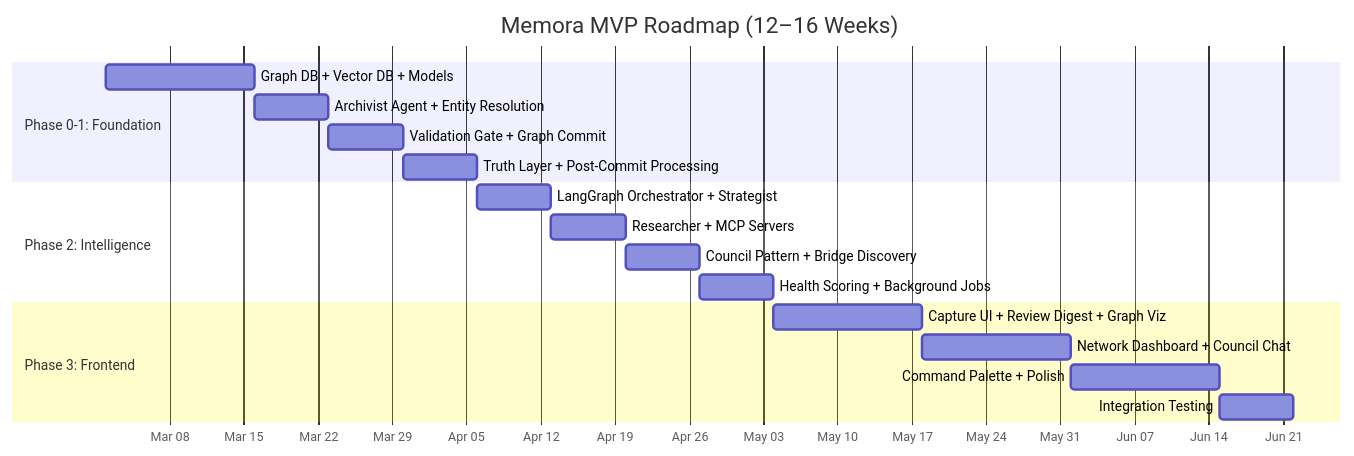
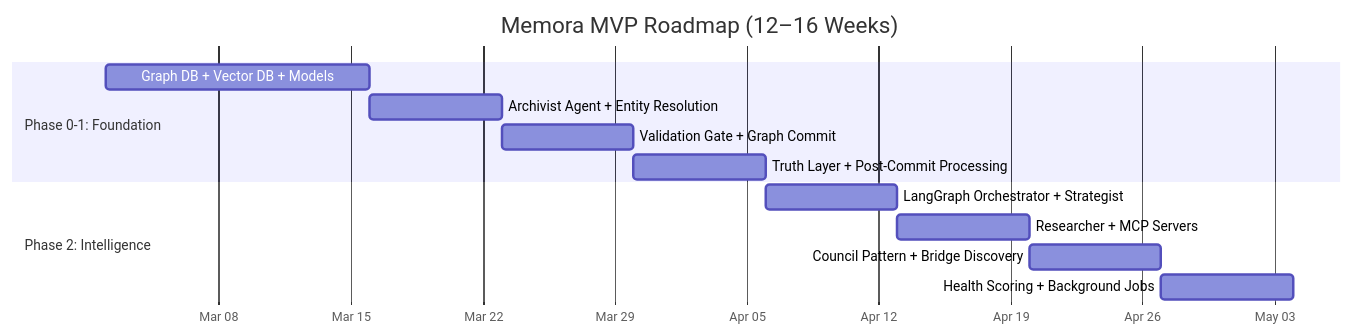
One commit to dorycui007/Memora changed the tenth of 10 diagrams in ARCHITECTURE.md. Above: the diagram before and after it, drawn with Mermaid. The commit also changed other lines of this file and 79 other files, not shown here.

First line of the commit message:
Remove frontend and refactor to backend-only architecture

````diff
--- a/ARCHITECTURE.md
+++ b/ARCHITECTURE.md
@@ -1658,24 +1534,19 @@
 ```mermaid
 gantt
     title Memora MVP Roadmap (12–16 Weeks)
     dateFormat YYYY-MM-DD
     axisFormat %b %d
 
     section Phase 0-1: Foundation
     Graph DB + Vector DB + Models           :a1, 2026-03-02, 14d
     Archivist Agent + Entity Resolution     :a2, after a1, 7d
     Validation Gate + Graph Commit          :a3, after a2, 7d
     Truth Layer + Post-Commit Processing    :a4, after a3, 7d
 
     section Phase 2: Intelligence
     LangGraph Orchestrator + Strategist     :b1, after a4, 7d
     Researcher + MCP Servers                :b2, after b1, 7d
     Council Pattern + Bridge Discovery      :b3, after b2, 7d
     Health Scoring + Background Jobs        :b4, after b3, 7d
 
-    section Phase 3: Frontend
-    Capture UI + Review Digest + Graph Viz  :c1, after b4, 14d
-    Network Dashboard + Council Chat        :c2, after c1, 14d
-    Command Palette + Polish                :c3, after c2, 14d
-    Integration Testing                     :c4, after c3, 7d
 ```
````
